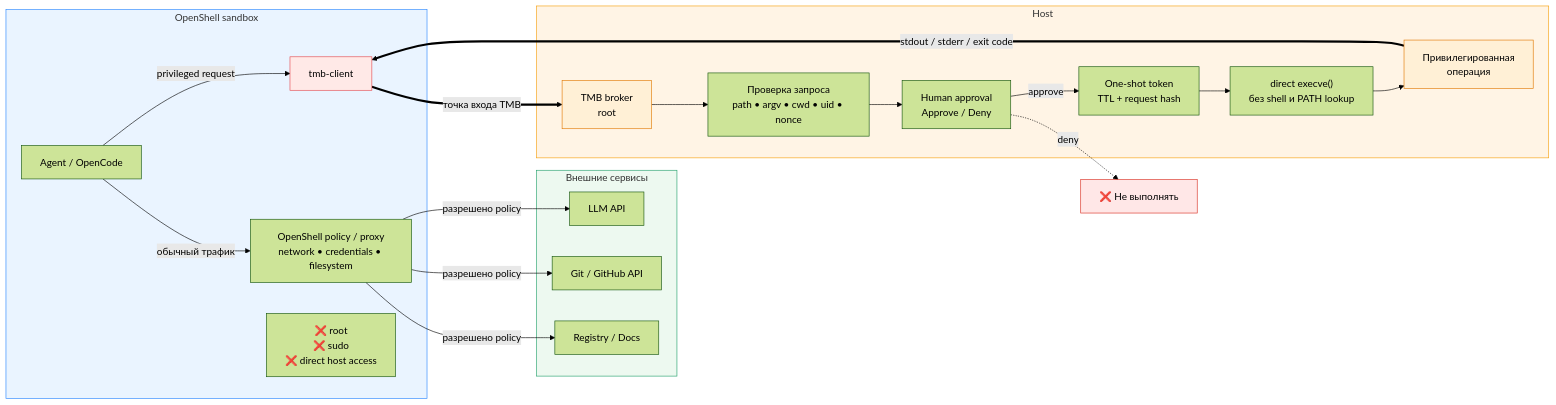
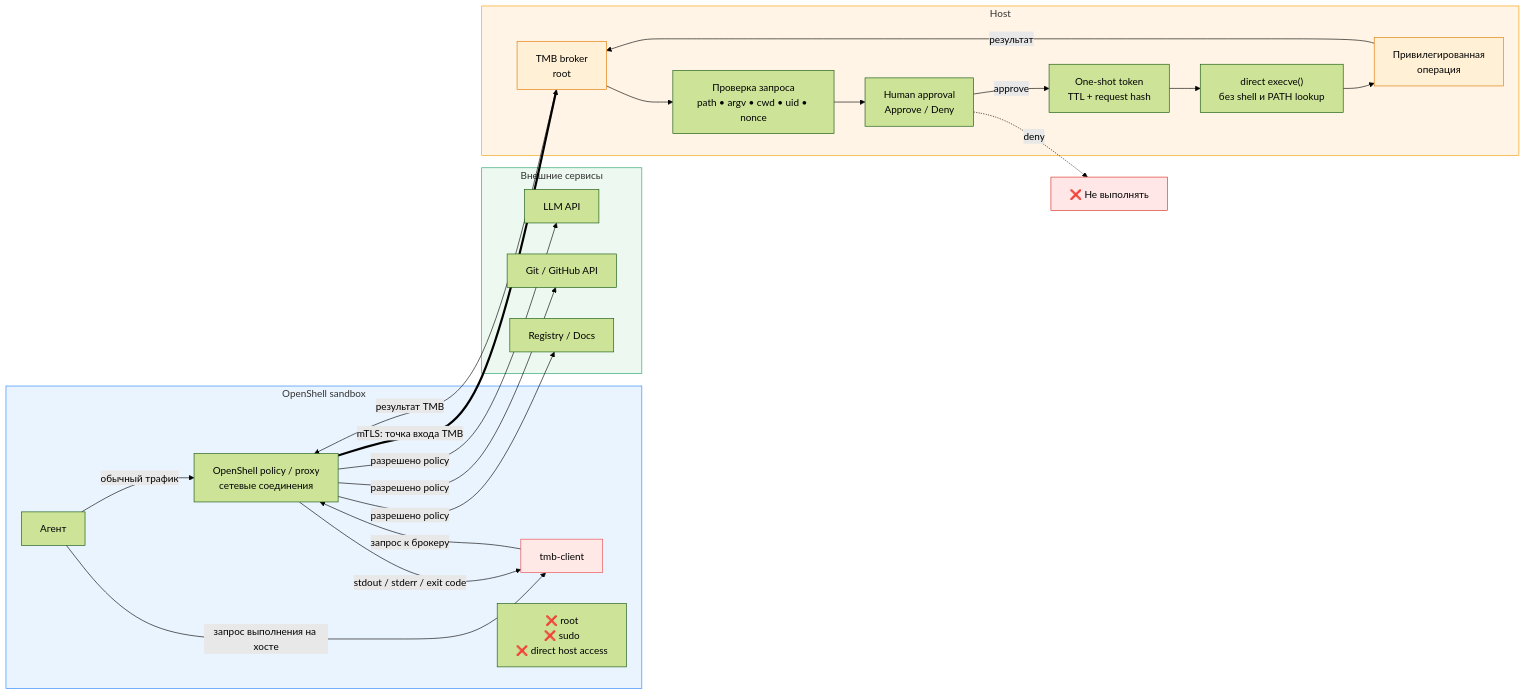
Before and after one commit to Vchekryzhov/tmb: the second of 3 diagrams in README.md, drawn with Mermaid (forest theme). The commit also changed other lines of this file and 8 other files, not shown here.

Commit message:
docs: clarify OpenShell and agent roles across TMB documentation

````diff
--- a/README.md
+++ b/README.md
@@ -42,59 +44,62 @@
 ```mermaid
 flowchart LR
     subgraph OS["OpenShell sandbox"]
-        A["Agent / OpenCode"]
+        A["Агент"]
 
-        P["OpenShell policy / proxy<br/>network • credentials • filesystem"]
+        P["OpenShell policy / proxy<br/>сетевые соединения"]
 
         C["tmb-client"]
 
         X["❌ root<br/>❌ sudo<br/>❌ direct host access"]
 
         A -->|"обычный трафик"| P
-        A -->|"privileged request"| C
+        A -->|"запрос выполнения на хосте"| C
+        C -->|"запрос к брокеру"| P
     end
 
     subgraph EXT["Внешние сервисы"]
         LLM["LLM API"]
         GIT["Git / GitHub API"]
         REG["Registry / Docs"]
     end
 
     P -->|"разрешено policy"| LLM
     P -->|"разрешено policy"| GIT
     P -->|"разрешено policy"| REG
 
     subgraph HOST["Host"]
         B["TMB broker<br/>root"]
 
         V["Проверка запроса<br/>path • argv • cwd • uid • nonce"]
 
         H["Human approval<br/>Approve / Deny"]
 
         T["One-shot token<br/>TTL + request hash"]
 
         E["direct execve()<br/>без shell и PATH lookup"]
 
         R["Привилегированная<br/>операция"]
 
         B --> V
         V --> H
         H -->|"approve"| T
         T --> E
         E --> R
     end
 
-    C ==>|"точка входа TMB"| B
+    P ==>|"mTLS: точка входа TMB"| B
 
     H -.->|"deny"| D["❌ Не выполнять"]
 
-    R ==>|"stdout / stderr / exit code"| C
+    R -->|"результат"| B
+    B -->|"результат TMB"| P
+    P -->|"stdout / stderr / exit code"| C
 
     style OS fill:#eaf4ff,stroke:#2684ff
     style HOST fill:#fff4e5,stroke:#f59e0b
     style EXT fill:#edf9f0,stroke:#22a06b
     style C fill:#ffe9e7,stroke:#e5484d
     style B fill:#fff0d6,stroke:#e07800
     style R fill:#fff0d6,stroke:#e07800
     style D fill:#ffe7e7,stroke:#d92d20
 ```
````
